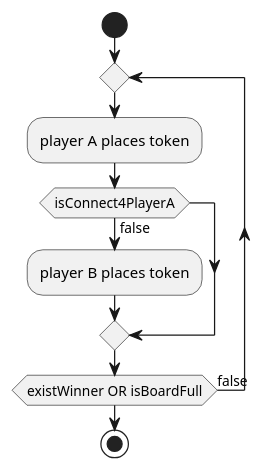
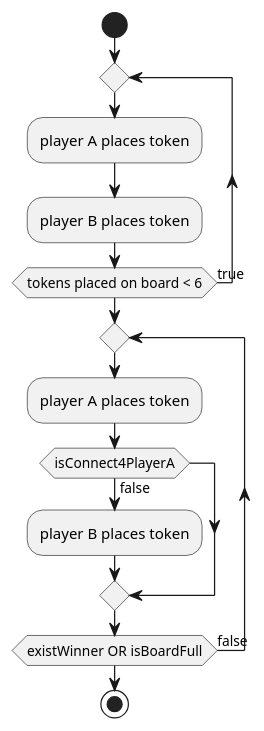
Before and after one commit to PabloMartinFluvia/IT-School: the diagram in MPDS/Connect4/docs/src/domain model activity.plantuml, drawn with PlantUML. The commit also changed 14 other files, not shown here.

```diff
--- a/MPDS/Connect4/docs/src/domain model activity.plantuml
+++ b/MPDS/Connect4/docs/src/domain model activity.plantuml
@@ -1,13 +1,18 @@
 @startuml
 start
+
+repeat
+    :player A places token;
+    :player B places token;
+repeat while (tokens placed on board < 6) is (true)
 
 repeat
     :player A places token;
     if(isConnect4PlayerA) then (false)
         :player B places token;
     endif
 repeat while (existWinner OR isBoardFull) is (false)
 
 stop
 
 @enduml
```
